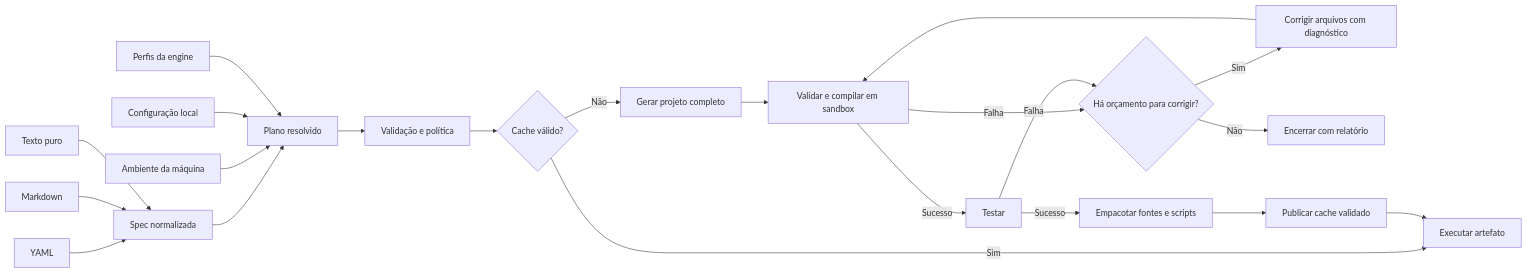
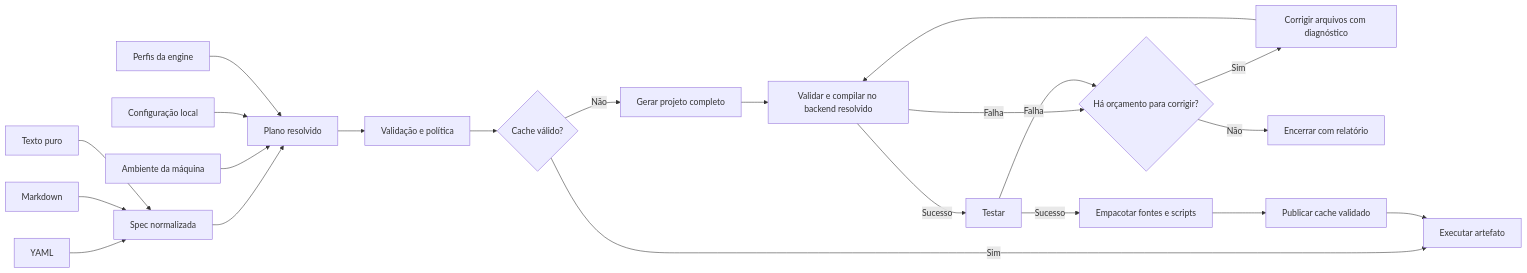
One commit to omarceloribeiro/crexe changed the diagram in docs/PLANO_V1.md. Above: the diagram before and after it, drawn with Mermaid. The commit also changed other lines of this file and 4 other files, not shown here.

````diff
--- a/docs/PLANO_V1.md
+++ b/docs/PLANO_V1.md
@@ -251,24 +271,24 @@
 ```mermaid
 flowchart LR
   Y[YAML] --> N[Spec normalizada]
   M[Markdown] --> N
   T[Texto puro] --> N
   N --> R[Plano resolvido]
   E[Ambiente da máquina] --> R
   C[Configuração local] --> R
   P[Perfis da engine] --> R
   R --> V[Validação e política]
   V --> H{Cache válido?}
   H -->|Sim| X[Executar artefato]
   H -->|Não| G[Gerar projeto completo]
-  G --> B[Validar e compilar em sandbox]
+  G --> B[Validar e compilar no backend resolvido]
   B -->|Sucesso| S[Testar]
   B -->|Falha| F{Há orçamento para corrigir?}
   S -->|Falha| F
   F -->|Sim| C1[Corrigir arquivos com diagnóstico]
   C1 --> B
   F -->|Não| E1[Encerrar com relatório]
   S -->|Sucesso| Z[Empacotar fontes e scripts]
   Z --> K[Publicar cache validado]
   K --> X
 ```
````
